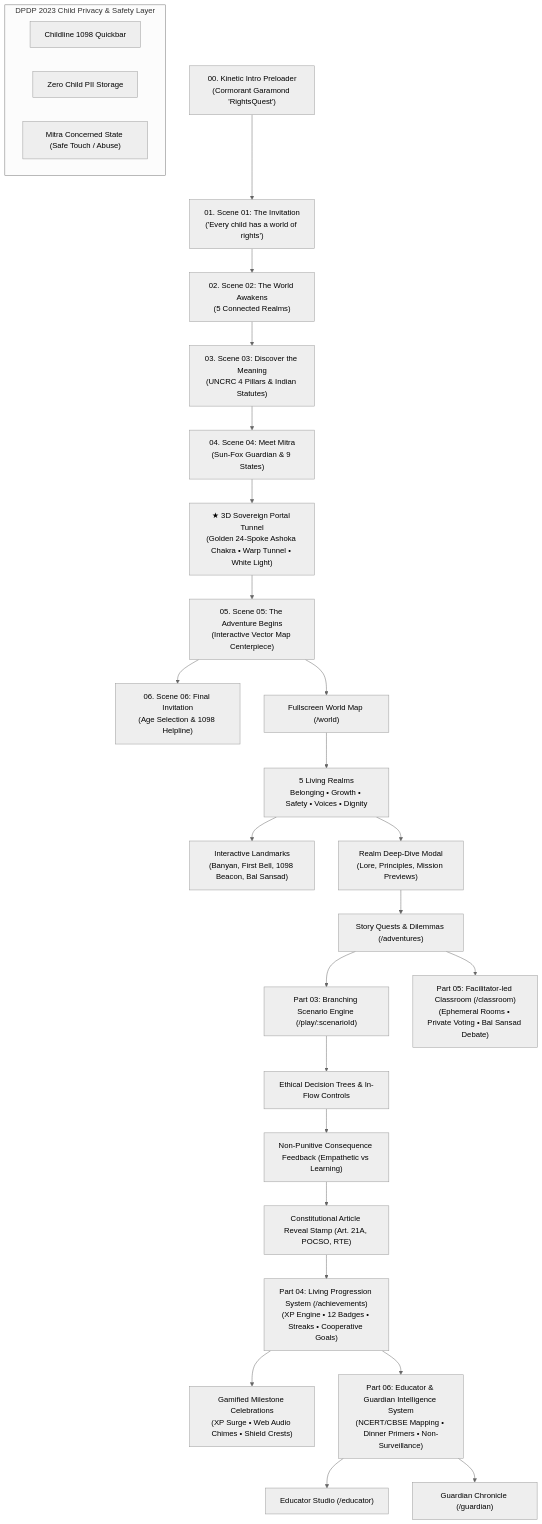
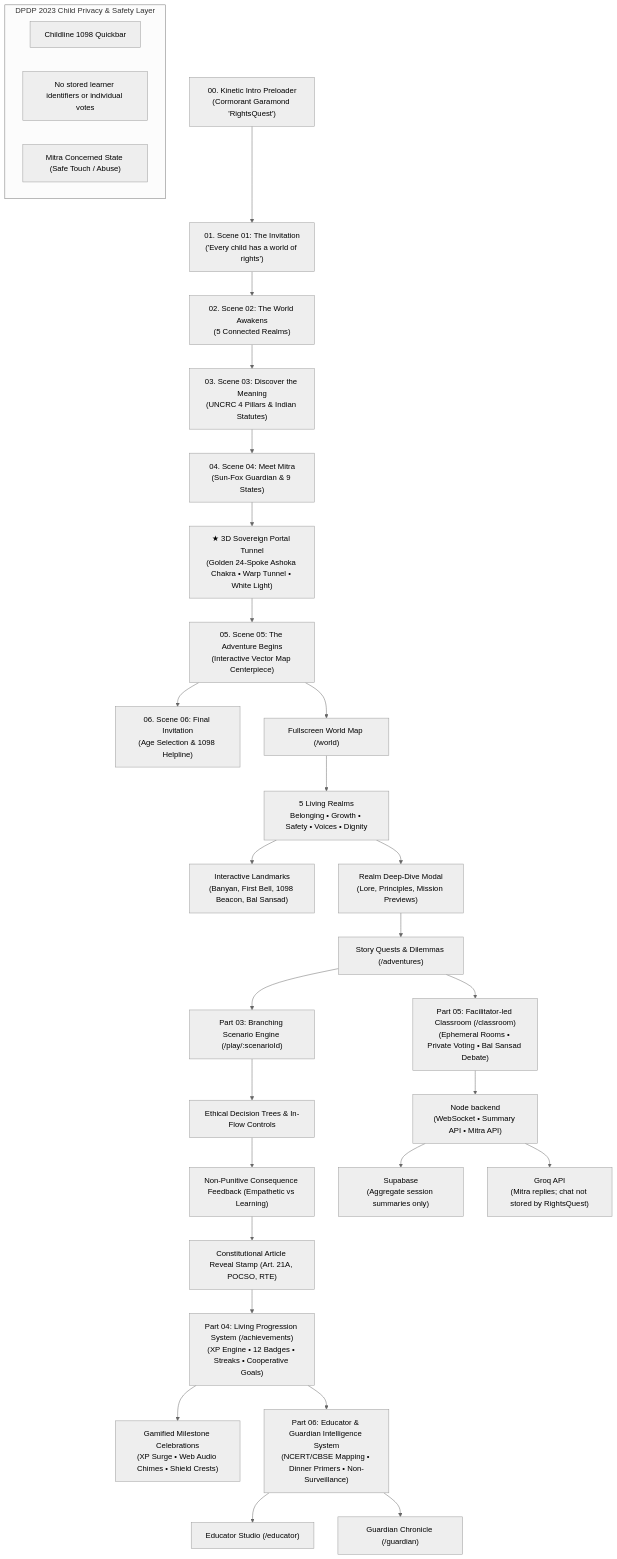
The diagram in docs/README.md (VaradAnnadate/MajorProject), drawn with Mermaid (neutral theme) before and after one commit. The commit also changed other lines of this file and 23 other files, not shown here.

Commit message:
feat: add Supabase summaries and Mitra AI backend

````diff
--- a/docs/README.md
+++ b/docs/README.md
@@ -9,32 +9,35 @@
 ```mermaid
 flowchart TD
     Intro["00. Kinetic Intro Preloader<br/>(Cormorant Garamond 'RightsQuest')"] --> Hero["01. Scene 01: The Invitation<br/>('Every child has a world of rights')"]
     Hero --> Parallax["02. Scene 02: The World Awakens<br/>(5 Connected Realms)"]
     Parallax --> Metaphor["03. Scene 03: Discover the Meaning<br/>(UNCRC 4 Pillars & Indian Statutes)"]
     Metaphor --> Companion["04. Scene 04: Meet Mitra<br/>(Sun-Fox Guardian & 9 States)"]
     Companion --> Gateway3D["★ 3D Sovereign Portal Tunnel<br/>(Golden 24-Spoke Ashoka Chakra • Warp Tunnel • White Light)"]
     Gateway3D --> MapPortal["05. Scene 05: The Adventure Begins<br/>(Interactive Vector Map Centerpiece)"]
     MapPortal --> FinalCTA["06. Scene 06: Final Invitation<br/>(Age Selection & 1098 Helpline)"]
 
     MapPortal --> WorldPage["Fullscreen World Map (/world)"]
     WorldPage --> Realms["5 Living Realms<br/>Belonging • Growth • Safety • Voices • Dignity"]
     Realms --> Landmarks["Interactive Landmarks<br/>(Banyan, First Bell, 1098 Beacon, Bal Sansad)"]
     Realms --> Modal["Realm Deep-Dive Modal<br/>(Lore, Principles, Mission Previews)"]
     Modal --> Adventures["Story Quests & Dilemmas (/adventures)"]
     Adventures --> Gameplay["Part 03: Branching Scenario Engine (/play/:scenarioId)"]
     Gameplay --> Choices["Ethical Decision Trees & In-Flow Controls"]
     Choices --> Consequence["Non-Punitive Consequence Feedback (Empathetic vs Learning)"]
     Consequence --> ArticleStamp["Constitutional Article Reveal Stamp (Art. 21A, POCSO, RTE)"]
     ArticleStamp --> Progression["Part 04: Living Progression System (/achievements)<br/>(XP Engine • 12 Badges • Streaks • Cooperative Goals)"]
     Progression --> Milestones["Gamified Milestone Celebrations<br/>(XP Surge • Web Audio Chimes • Shield Crests)"]
     Adventures --> Classroom["Part 05: Facilitator-led Classroom (/classroom)<br/>(Ephemeral Rooms • Private Voting • Bal Sansad Debate)"]
+    Classroom --> ClassroomBackend["Node backend<br/>(WebSocket • Summary API • Mitra API)"]
+    ClassroomBackend --> Supabase["Supabase<br/>(Aggregate session summaries only)"]
+    ClassroomBackend --> Groq["Groq API<br/>(Mitra replies; chat not stored by RightsQuest)"]
     Progression --> Intelligence["Part 06: Educator & Guardian Intelligence System<br/>(NCERT/CBSE Mapping • Dinner Primers • Non-Surveillance)"]
     Intelligence --> Educator["Educator Studio (/educator)"]
     Intelligence --> Guardian["Guardian Chronicle (/guardian)"]
     
     subgraph Safeguards ["DPDP 2023 Child Privacy & Safety Layer"]
         Helpline["Childline 1098 Quickbar"]
-        ZeroPII["Zero Child PII Storage"]
+        ZeroPII["No stored learner identifiers or individual votes"]
         MascotSafeguard["Mitra Concerned State (Safe Touch / Abuse)"]
     end
 ```
````
